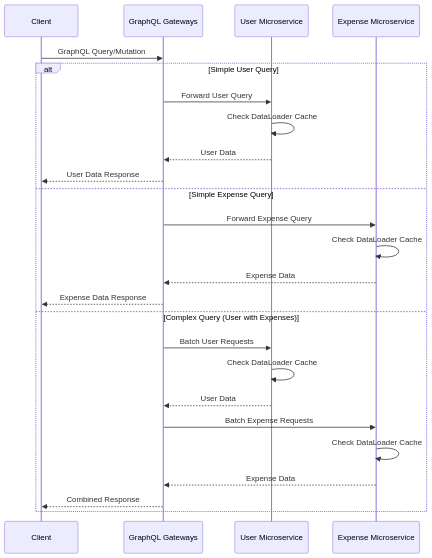
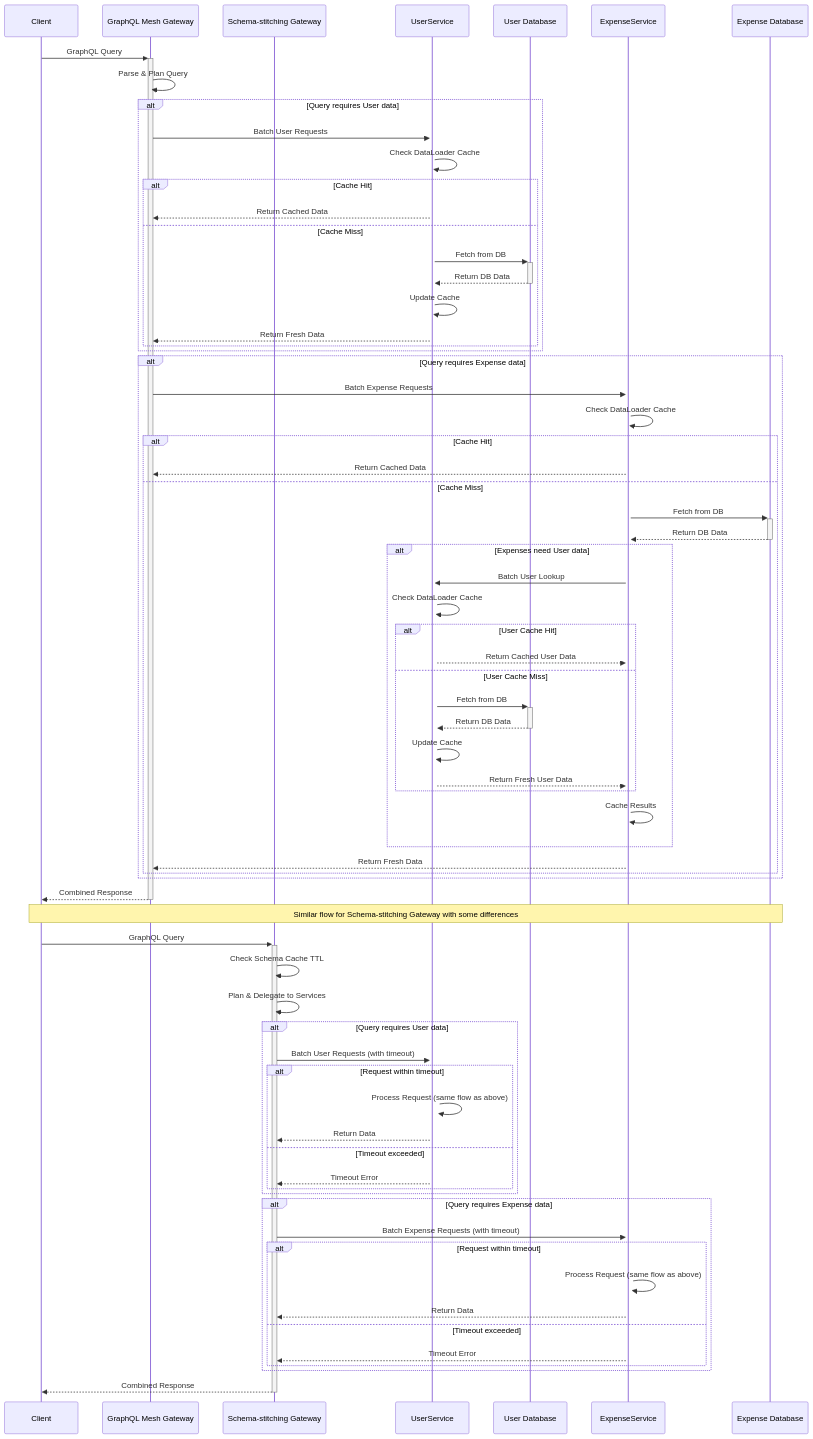
One commit to vinodhj/graphql-gateway-microservices changed the third of 3 diagrams in docs/tdd/hld.md. Above: the diagram before and after it, drawn with Mermaid. The commit also changed other lines of this file and 5 other files, not shown here.

Commit message:
docs diagram updated

````diff
--- a/docs/tdd/hld.md
+++ b/docs/tdd/hld.md
@@ -78,31 +136,89 @@
 ```mermaid
 sequenceDiagram
     participant Client
-    participant Gateway as GraphQL Gateways
-    participant UserMS as User Microservice
-    participant ExpenseMS as Expense Microservice
+    participant Mesh as GraphQL Mesh Gateway
+    participant Stitching as Schema-stitching Gateway
+    participant UserService
+    participant UserDB as User Database
+    participant ExpenseService
+    participant ExpenseDB as Expense Database
 
-    Client->>Gateway: GraphQL Query/Mutation
+    Client->>+Mesh: GraphQL Query
+    Mesh->>Mesh: Parse & Plan Query
 
-    alt Simple User Query
-        Gateway->>UserMS: Forward User Query
-        UserMS->>UserMS: Check DataLoader Cache
-        UserMS-->>Gateway: User Data
-        Gateway-->>Client: User Data Response
+    alt Query requires User data
+        Mesh->>+UserService: Batch User Requests
+        UserService->>UserService: Check DataLoader Cache
 
-    else Simple Expense Query
-        Gateway->>ExpenseMS: Forward Expense Query
-        ExpenseMS->>ExpenseMS: Check DataLoader Cache
-        ExpenseMS-->>Gateway: Expense Data
-        Gateway-->>Client: Expense Data Response
+        alt Cache Hit
+            UserService-->>Mesh: Return Cached Data
+        else Cache Miss
+            UserService->>+UserDB: Fetch from DB
+            UserDB-->>-UserService: Return DB Data
+            UserService->>UserService: Update Cache
+            UserService-->>Mesh: Return Fresh Data
+        end
+    end
 
-    else Complex Query (User with Expenses)
-        Gateway->>UserMS: Batch User Requests
-        UserMS->>UserMS: Check DataLoader Cache
-        UserMS-->>Gateway: User Data
-        Gateway->>ExpenseMS: Batch Expense Requests
-        ExpenseMS->>ExpenseMS: Check DataLoader Cache
-        ExpenseMS-->>Gateway: Expense Data
-        Gateway-->>Client: Combined Response
+    alt Query requires Expense data
+        Mesh->>+ExpenseService: Batch Expense Requests
+        ExpenseService->>ExpenseService: Check DataLoader Cache
+
+        alt Cache Hit
+            ExpenseService-->>Mesh: Return Cached Data
+        else Cache Miss
+            ExpenseService->>+ExpenseDB: Fetch from DB
+            ExpenseDB-->>-ExpenseService: Return DB Data
+
+            alt Expenses need User data
+                ExpenseService->>+UserService: Batch User Lookup
+                UserService->>UserService: Check DataLoader Cache
+
+                alt User Cache Hit
+                    UserService-->>ExpenseService: Return Cached User Data
+                else User Cache Miss
+                    UserService->>+UserDB: Fetch from DB
+                    UserDB-->>-UserService: Return DB Data
+                    UserService->>UserService: Update Cache
+                    UserService-->>ExpenseService: Return Fresh User Data
+                end
+
+                ExpenseService->>ExpenseService: Cache Results
+            end
+
+            ExpenseService-->>Mesh: Return Fresh Data
+        end
     end
+
+    Mesh-->>-Client: Combined Response
+
+    Note over Client,ExpenseDB: Similar flow for Schema-stitching Gateway with some differences
+
+    Client->>+Stitching: GraphQL Query
+    Stitching->>Stitching: Check Schema Cache TTL
+    Stitching->>Stitching: Plan & Delegate to Services
+
+    alt Query requires User data
+        Stitching->>+UserService: Batch User Requests (with timeout)
+
+        alt Request within timeout
+            UserService->>UserService: Process Request (same flow as above)
+            UserService-->>Stitching: Return Data
+        else Timeout exceeded
+            UserService-->>Stitching: Timeout Error
+        end
+    end
+
+    alt Query requires Expense data
+        Stitching->>+ExpenseService: Batch Expense Requests (with timeout)
+
+        alt Request within timeout
+            ExpenseService->>ExpenseService: Process Request (same flow as above)
+            ExpenseService-->>Stitching: Return Data
+        else Timeout exceeded
+            ExpenseService-->>Stitching: Timeout Error
+        end
+    end
+
+    Stitching-->>-Client: Combined Response
 ```
````
